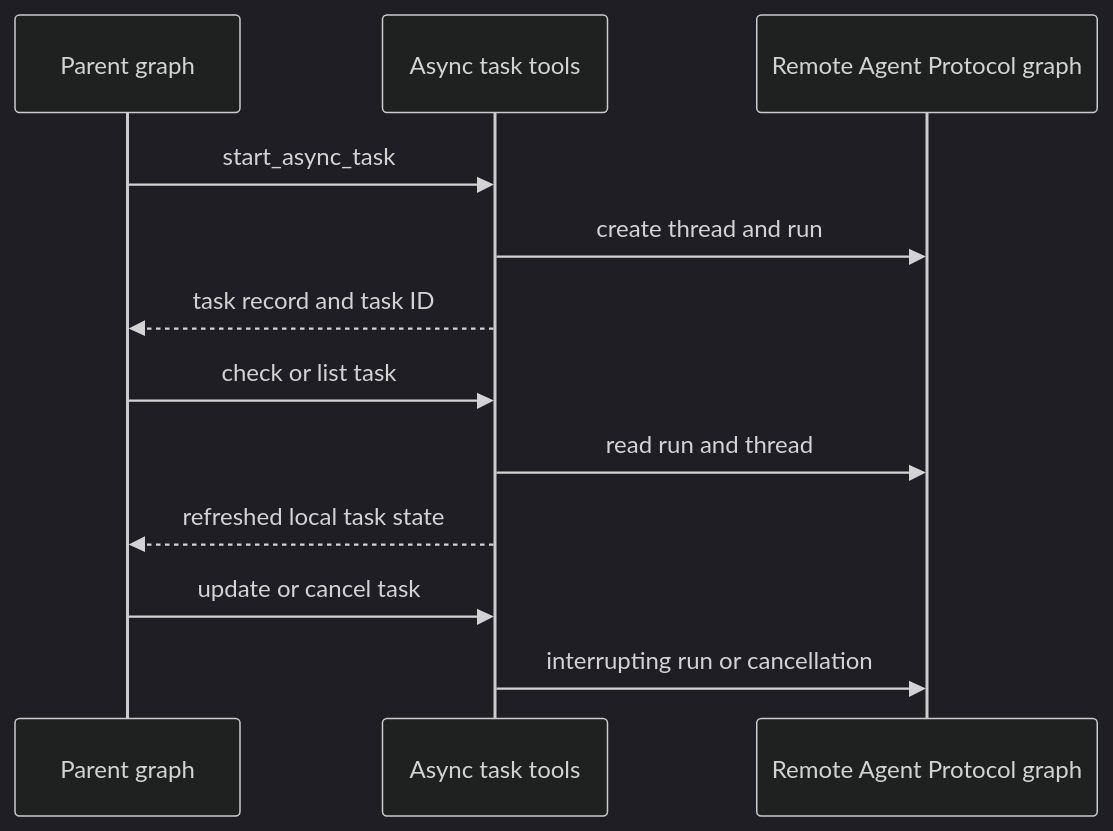
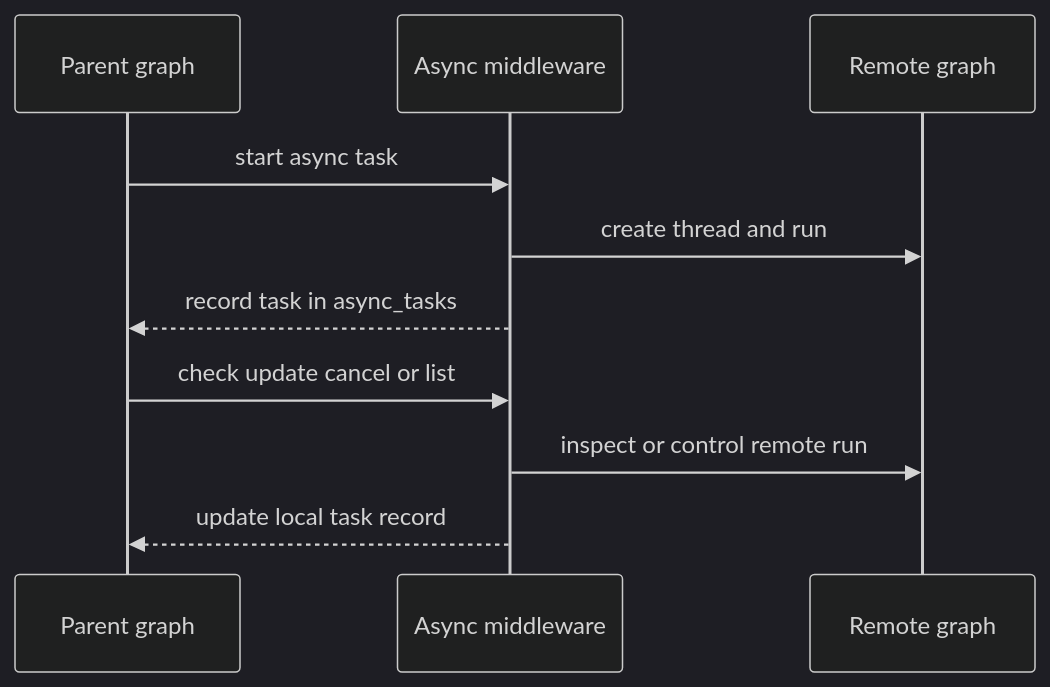
The third of 3 diagrams in openwiki/architecture/source-map.md (langchain-ai/deepagents), drawn with Mermaid (dark theme) before and after one commit. The commit also changed other lines of this file and 47 other files, not shown here.

````diff
--- a/openwiki/architecture/source-map.md
+++ b/openwiki/architecture/source-map.md
@@ -99,14 +115,12 @@
 ```mermaid
 sequenceDiagram
   participant Parent as Parent graph
-  participant Tools as Async task tools
-  participant Remote as Remote Agent Protocol graph
-  Parent->>Tools: start_async_task
-  Tools->>Remote: create thread and run
-  Tools-->>Parent: task record and task ID
-  Parent->>Tools: check or list task
-  Tools->>Remote: read run and thread
-  Tools-->>Parent: refreshed local task state
-  Parent->>Tools: update or cancel task
-  Tools->>Remote: interrupting run or cancellation
+  participant Bridge as Async middleware
+  participant Remote as Remote graph
+  Parent->>Bridge: start async task
+  Bridge->>Remote: create thread and run
+  Bridge-->>Parent: record task in async_tasks
+  Parent->>Bridge: check update cancel or list
+  Bridge->>Remote: inspect or control remote run
+  Bridge-->>Parent: update local task record
 ```
````
